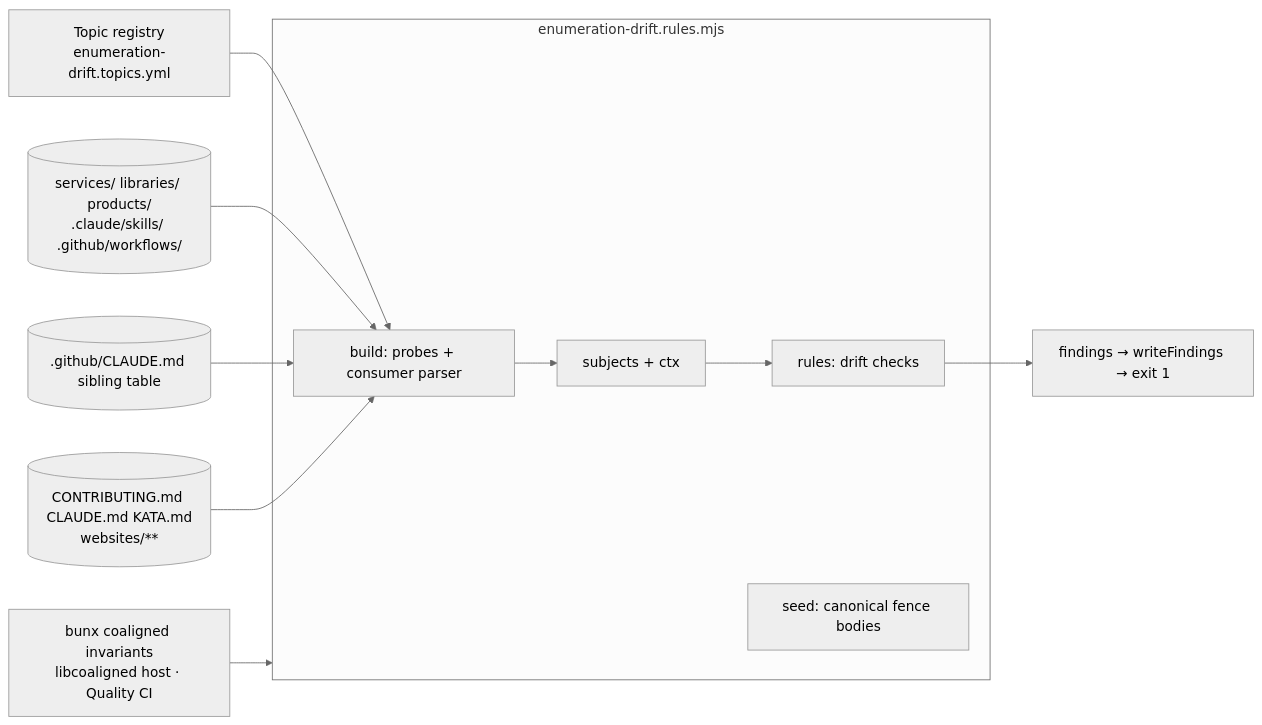
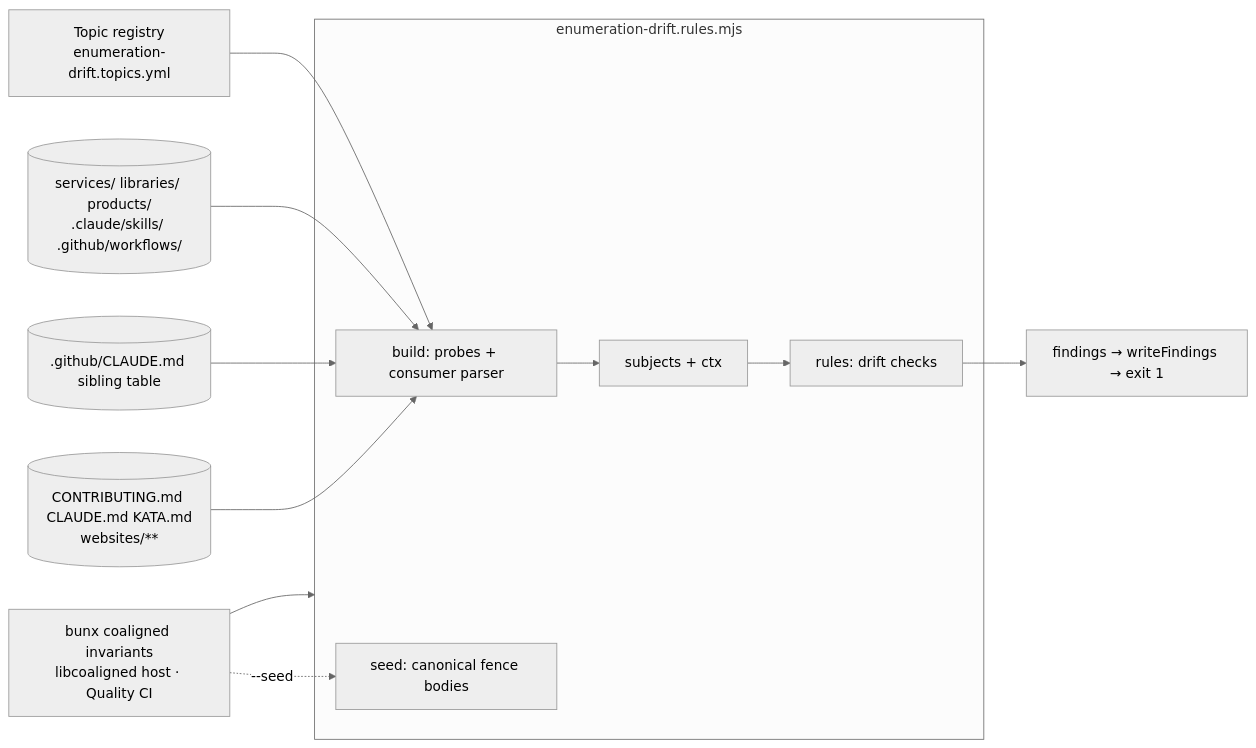
Before and after one commit to forwardimpact/monorepo: the diagram in specs/1460-enumeration-drift-build-time-assertion/design-a.md, drawn with Mermaid (neutral theme). The commit also changed other lines of this file, not shown here.

````diff
--- a/specs/1460-enumeration-drift-build-time-assertion/design-a.md
+++ b/specs/1460-enumeration-drift-build-time-assertion/design-a.md
@@ -15,14 +15,15 @@
 ```mermaid
 flowchart LR
   REG[Topic registry<br/>enumeration-drift.topics.yml] --> B
   subgraph M[enumeration-drift.rules.mjs]
     B[build: probes + consumer parser] --> S[subjects + ctx]
     S --> RU[rules: drift checks]
     SEED[seed: canonical fence bodies]
   end
   FS1[(services/ libraries/ products/<br/>.claude/skills/ .github/workflows/)] --> B
   FS2[(.github/CLAUDE.md sibling table)] --> B
   FS3[(CONTRIBUTING.md CLAUDE.md KATA.md<br/>websites/**)] --> B
   HOST[bunx coaligned invariants<br/>libcoaligned host · Quality CI] --> M
+  HOST -. --seed .-> SEED
   RU --> F[findings → writeFindings → exit 1]
 ```
````
